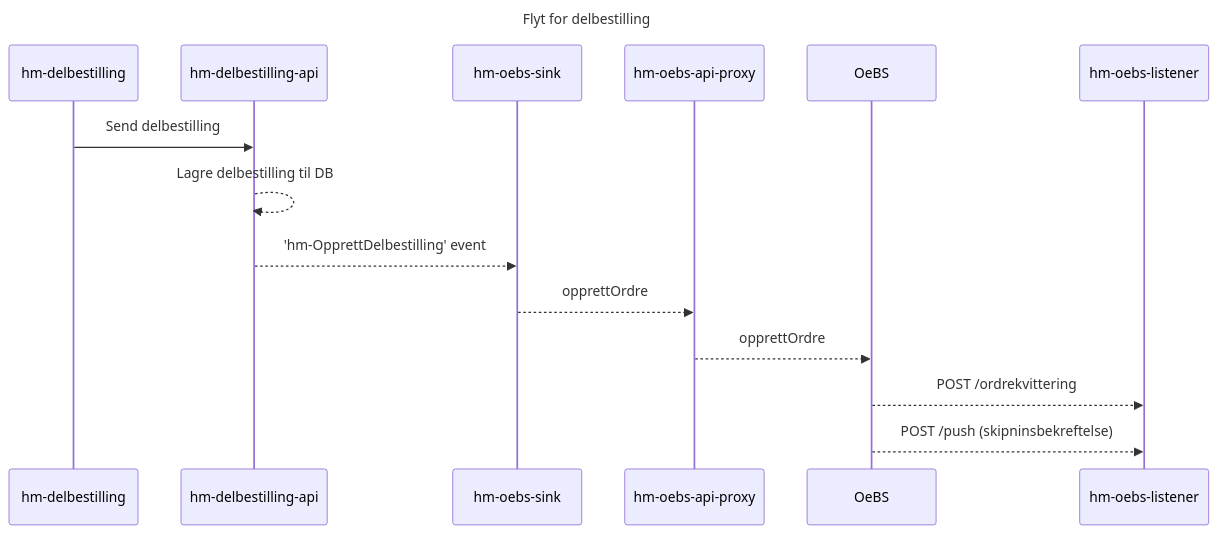
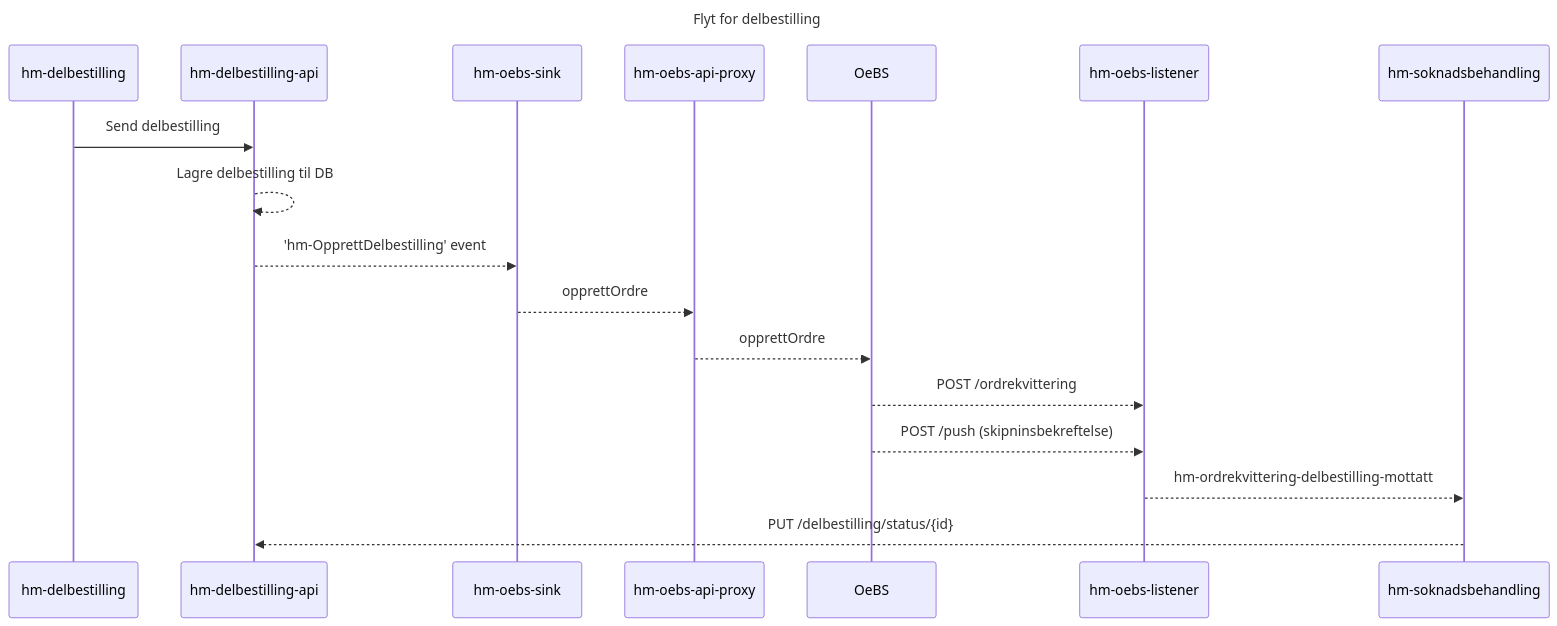
Before and after one commit to navikt/hm-delbestilling: the diagram in README.md, drawn with Mermaid.

Commit message:
La til flyt for status i sekvensdiagram

````diff
--- a/README.md
+++ b/README.md
@@ -19,15 +19,17 @@
 ```mermaid
 ---
 title: Flyt for delbestilling
 ---
 
 sequenceDiagram;
     hm-delbestilling->>hm-delbestilling-api: Send delbestilling;
     hm-delbestilling-api-->>hm-delbestilling-api: Lagre delbestilling til DB;
     hm-delbestilling-api-->>hm-oebs-sink: 'hm-OpprettDelbestilling' event;
     hm-oebs-sink-->>hm-oebs-api-proxy: opprettOrdre;
     hm-oebs-api-proxy-->>OeBS: opprettOrdre;
 
     OeBS-->>hm-oebs-listener: POST /ordrekvittering;
     OeBS-->>hm-oebs-listener: POST /push (skipninsbekreftelse)
+    hm-oebs-listener-->>hm-soknadsbehandling: hm-ordrekvittering-delbestilling-mottatt
+    hm-soknadsbehandling-->>hm-delbestilling-api: PUT /delbestilling/status/{id}
 ```
````
